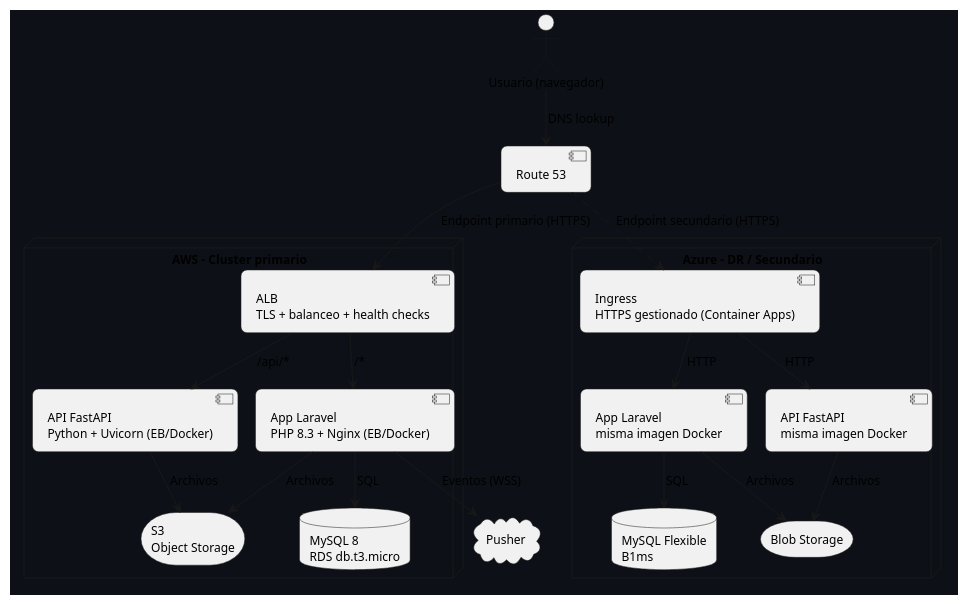
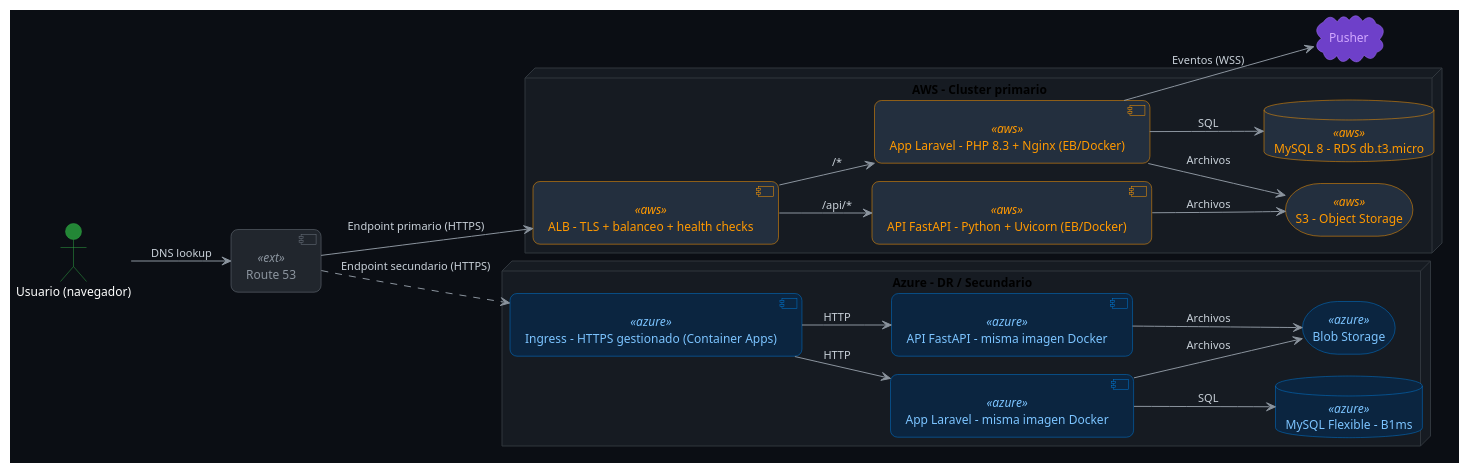
Before and after one commit to Aisaac123/KeyNography-: the third of 11 diagrams in docs/despliegue-multicloud.md, drawn with PlantUML. The commit also changed other lines of this file, not shown here.

Commit message:
diagrams docs fix

````diff
--- a/docs/despliegue-multicloud.md
+++ b/docs/despliegue-multicloud.md
@@ -140,34 +230,92 @@
 ```plantuml
 @startuml KeyNography - Diagrama de Contenedores (C4 Nivel 2 MultiCloud)
 !pragma layout smetana
-skinparam backgroundColor #0d1117
+left to right direction
+skinparam backgroundColor #0B0E14
 skinparam shadowing false
 skinparam defaultFontName "Segoe UI"
 skinparam defaultFontSize 12
-skinparam roundcorner 12
+skinparam roundcorner 14
 skinparam nodesep 40
 skinparam ranksep 60
+skinparam ArrowColor #8B949E
+skinparam ArrowFontColor #C9D1D9
+skinparam ArrowFontSize 11
+skinparam actor {
+  BackgroundColor #238636
+  BorderColor #2EA043
+  FontColor #FFFFFF
+}
+skinparam node {
+  BackgroundColor #161B22
+  BorderColor #30363D
+}
+skinparam component {
+  BackgroundColor #21262D
+  BorderColor #58A6FF
+  FontColor #C9D1D9
+}
+skinparam component<<aws>> {
+  BackgroundColor #232F3E
+  BorderColor #FF9900
+  FontColor #FF9900
+}
+skinparam component<<azure>> {
+  BackgroundColor #0B2540
+  BorderColor #0078D4
+  FontColor #7CC4FF
+}
+skinparam database<<aws>> {
+  BackgroundColor #232F3E
+  BorderColor #FF9900
+  FontColor #FF9900
+}
+skinparam database<<azure>> {
+  BackgroundColor #0B2540
+  BorderColor #0078D4
+  FontColor #7CC4FF
+}
+skinparam storage<<aws>> {
+  BackgroundColor #232F3E
+  BorderColor #FF9900
+  FontColor #FF9900
+}
+skinparam storage<<azure>> {
+  BackgroundColor #0B2540
+  BorderColor #0078D4
+  FontColor #7CC4FF
+}
+skinparam component<<ext>> {
+  BackgroundColor #21262D
+  BorderColor #6E7681
+  FontColor #8B949E
+}
+skinparam cloud {
+  BackgroundColor #6E40C9
+  BorderColor #A371F7
+  FontColor #D2A8FF
+}
 
 actor "Usuario (navegador)" as user
 
 node "AWS - Cluster primario" {
-  component "ALB\nTLS + balanceo + health checks" as alb
-  component "App Laravel\nPHP 8.3 + Nginx (EB/Docker)" as eb_app
-  component "API FastAPI\nPython + Uvicorn (EB/Docker)" as eb_api
-  database "MySQL 8\nRDS db.t3.micro" as rds
-  storage "S3\nObject Storage" as s3
+  component "ALB - TLS + balanceo + health checks" as alb <<aws>>
+  component "App Laravel - PHP 8.3 + Nginx (EB/Docker)" as eb_app <<aws>>
+  component "API FastAPI - Python + Uvicorn (EB/Docker)" as eb_api <<aws>>
+  database "MySQL 8 - RDS db.t3.micro" as rds <<aws>>
+  storage "S3 - Object Storage" as s3 <<aws>>
 }
 
 node "Azure - DR / Secundario" {
-  component "Ingress\nHTTPS gestionado (Container Apps)" as ca_ingress
-  component "App Laravel\nmisma imagen Docker" as ca_app
-  component "API FastAPI\nmisma imagen Docker" as ca_api
-  database "MySQL Flexible\nB1ms" as azdb
-  storage "Blob Storage" as blob
+  component "Ingress - HTTPS gestionado (Container Apps)" as ca_ingress <<azure>>
+  component "App Laravel - misma imagen Docker" as ca_app <<azure>>
+  component "API FastAPI - misma imagen Docker" as ca_api <<azure>>
+  database "MySQL Flexible - B1ms" as azdb <<azure>>
+  storage "Blob Storage" as blob <<azure>>
 }
 
 cloud "Pusher" as pusher
-component "Route 53" as r53
+component "Route 53" as r53 <<ext>>
 
 user --> r53 : DNS lookup
 r53 --> alb : Endpoint primario (HTTPS)
````
